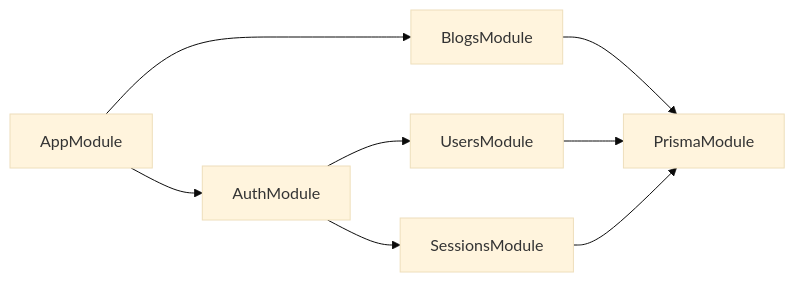
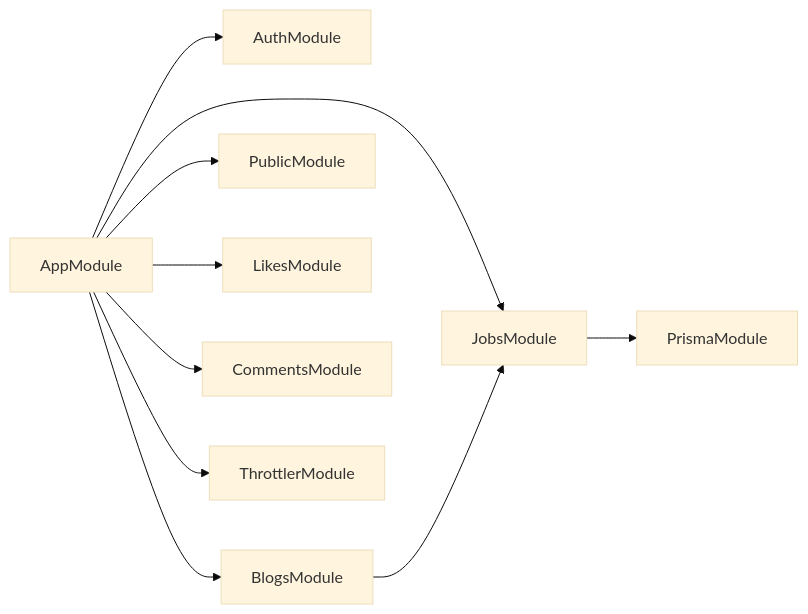
The second of 2 diagrams in backend/README.md (priyanshu14077/rival), drawn with Mermaid (base theme) before and after one commit. The commit also changed other lines of this file and 21 other files, not shown here.

````diff
--- a/backend/README.md
+++ b/backend/README.md
@@ -47,10 +54,12 @@
 ```mermaid
 graph LR
     AppModule --> AuthModule
     AppModule --> BlogsModule
-    AuthModule --> UsersModule
-    AuthModule --> SessionsModule
-    BlogsModule --> PrismaModule
-    UsersModule --> PrismaModule
-    SessionsModule --> PrismaModule
+    AppModule --> PublicModule
+    AppModule --> LikesModule
+    AppModule --> CommentsModule
+    AppModule --> JobsModule
+    AppModule --> ThrottlerModule
+    BlogsModule --> JobsModule
+    JobsModule --> PrismaModule
 ```
````
